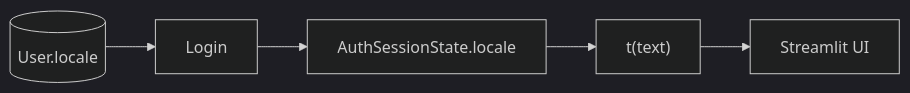
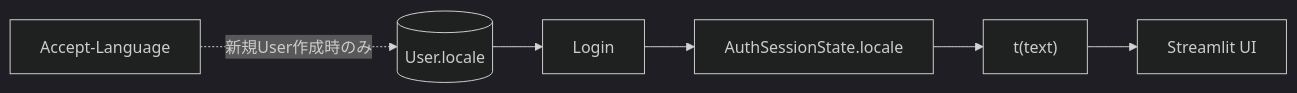
One commit to shim369/Python-Smart-Health-Intelligence-Platform changed the fifth of 19 diagrams in docs/architecture.md. Above: the diagram before and after it, drawn with Mermaid (dark theme). The commit also changed other lines of this file and 3 other files, not shown here.

First line of the commit message:
docs: sync README/architecture/requirements with recent changes

````diff
--- a/docs/architecture.md
+++ b/docs/architecture.md
@@ -246,7 +248,8 @@
 ```mermaid
 flowchart LR
+    Browser[Accept-Language] -. 新規User作成時のみ .-> DB
     DB[(User.locale)] --> Login[Login]
     Login --> Session[AuthSessionState.locale]
     Session --> T["t(text)"]
     T --> UI[Streamlit UI]
 ```
````
